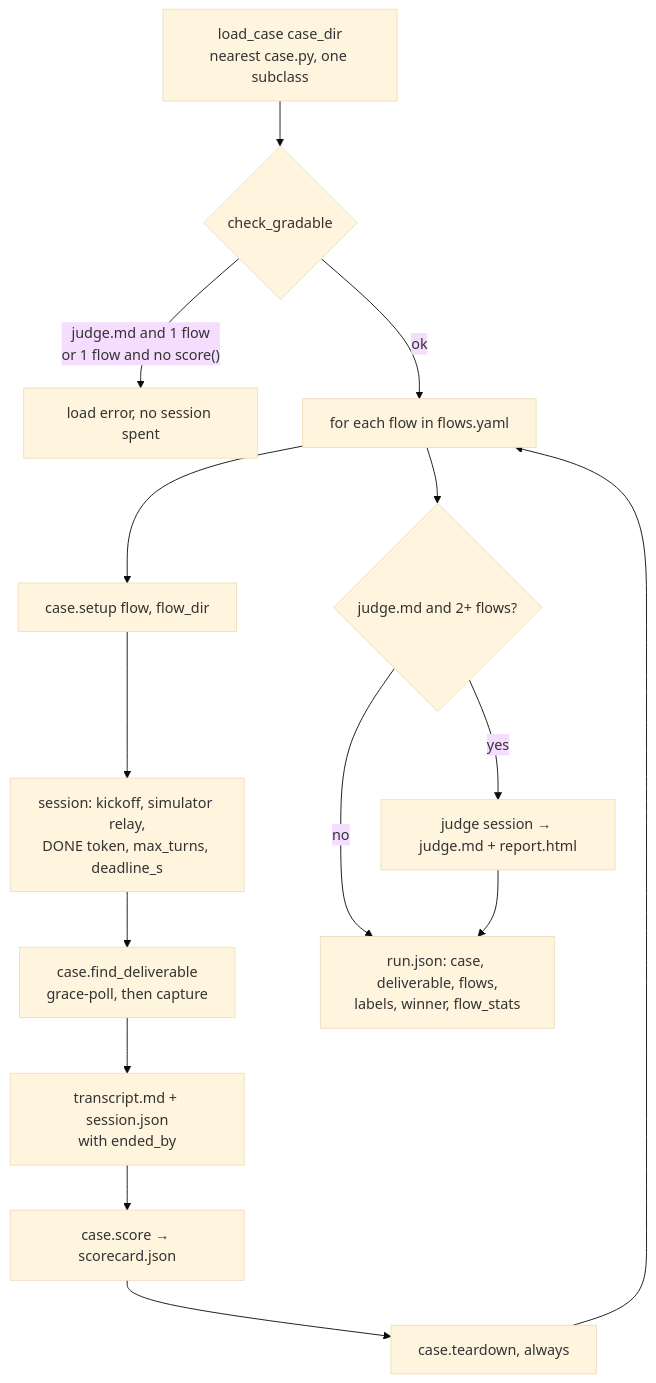
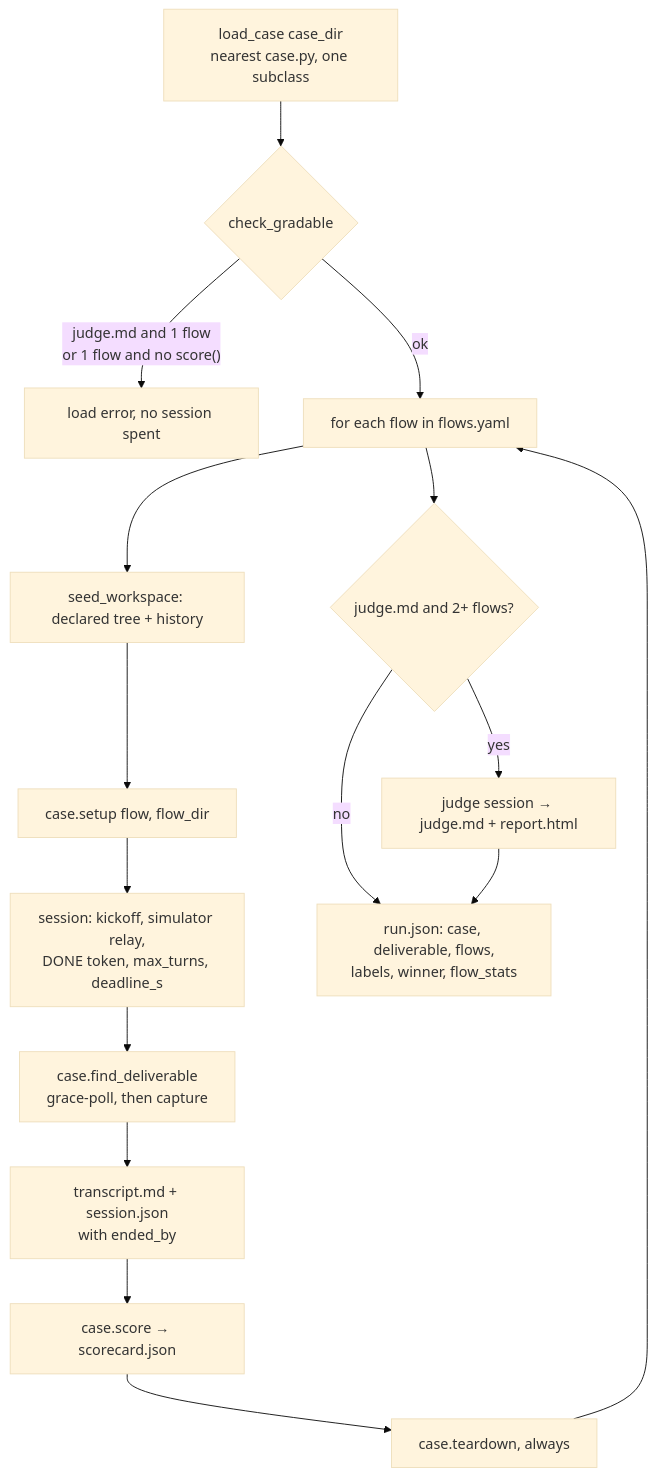
Before and after one commit to kzarzycki/flowbench: the diagram in docs/design/case.md, drawn with Mermaid (base theme). The commit also changed other lines of this file and 17 other files, not shown here.

First line of the commit message:
feat(case): a case declares its starting workspace (#158) (#165)

````diff
--- a/docs/design/case.md
+++ b/docs/design/case.md
@@ -117,17 +182,18 @@
 ```mermaid
 flowchart TD
   load[load_case case_dir<br/>nearest case.py, one subclass] --> gate{"check_gradable"}
   gate -- "judge.md and 1 flow<br/>or 1 flow and no score()" --> err[load error, no session spent]
   gate -- ok --> flows[for each flow in flows.yaml]
-  flows --> setup[case.setup flow, flow_dir]
+  flows --> seed[seed_workspace: declared tree + history]
+  seed --> setup[case.setup flow, flow_dir]
   setup --> sess[session: kickoff, simulator relay,<br/>DONE token, max_turns, deadline_s]
   sess --> probe[case.find_deliverable<br/>grace-poll, then capture]
   probe --> write[transcript.md + session.json<br/>with ended_by]
   write --> score[case.score → scorecard.json]
   score --> teardown[case.teardown, always]
   teardown --> flows
   flows --> judged{"judge.md and 2+ flows?"}
   judged -- yes --> judge[judge session → judge.md + report.html]
   judged -- no --> meta
   judge --> meta[run.json: case, deliverable, flows,<br/>labels, winner, flow_stats]
 ```
````
